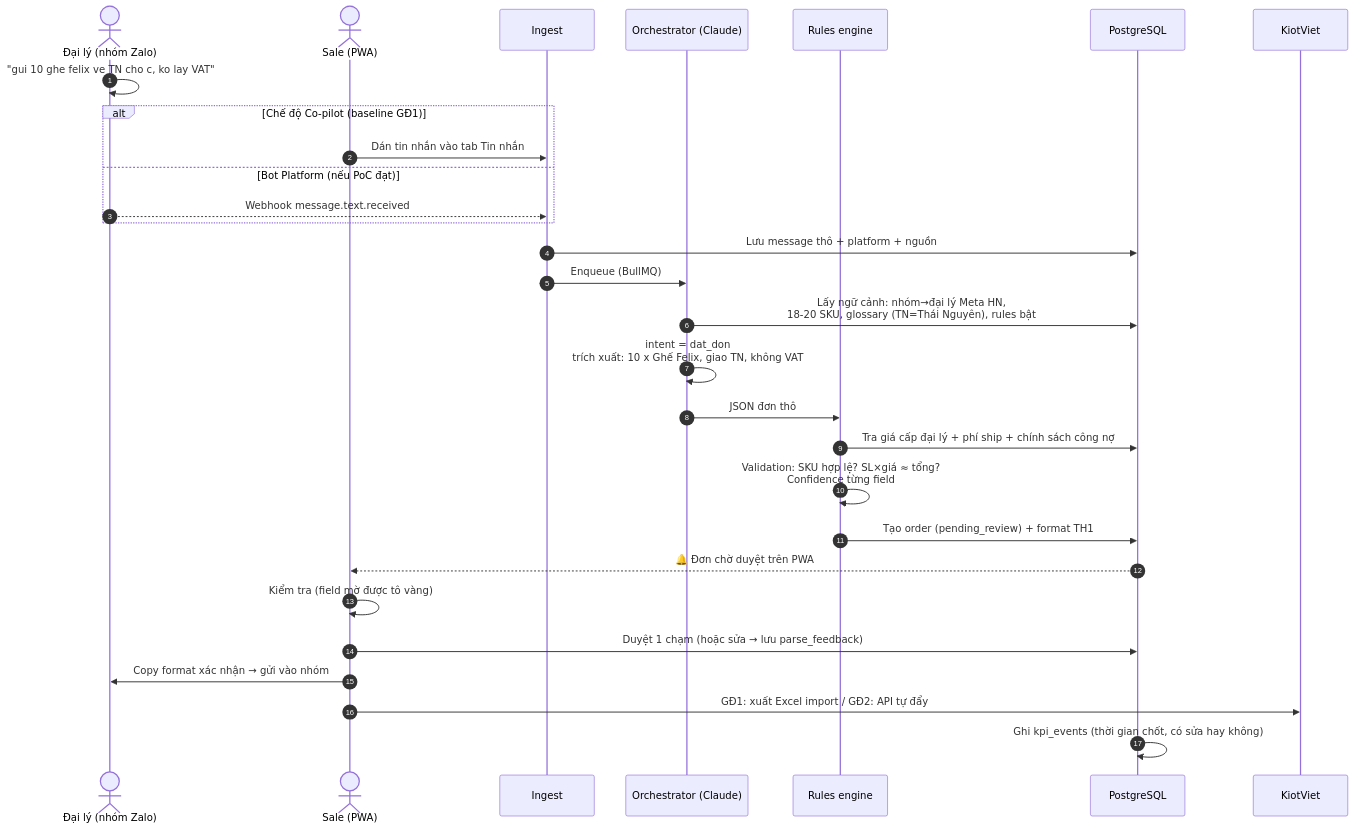
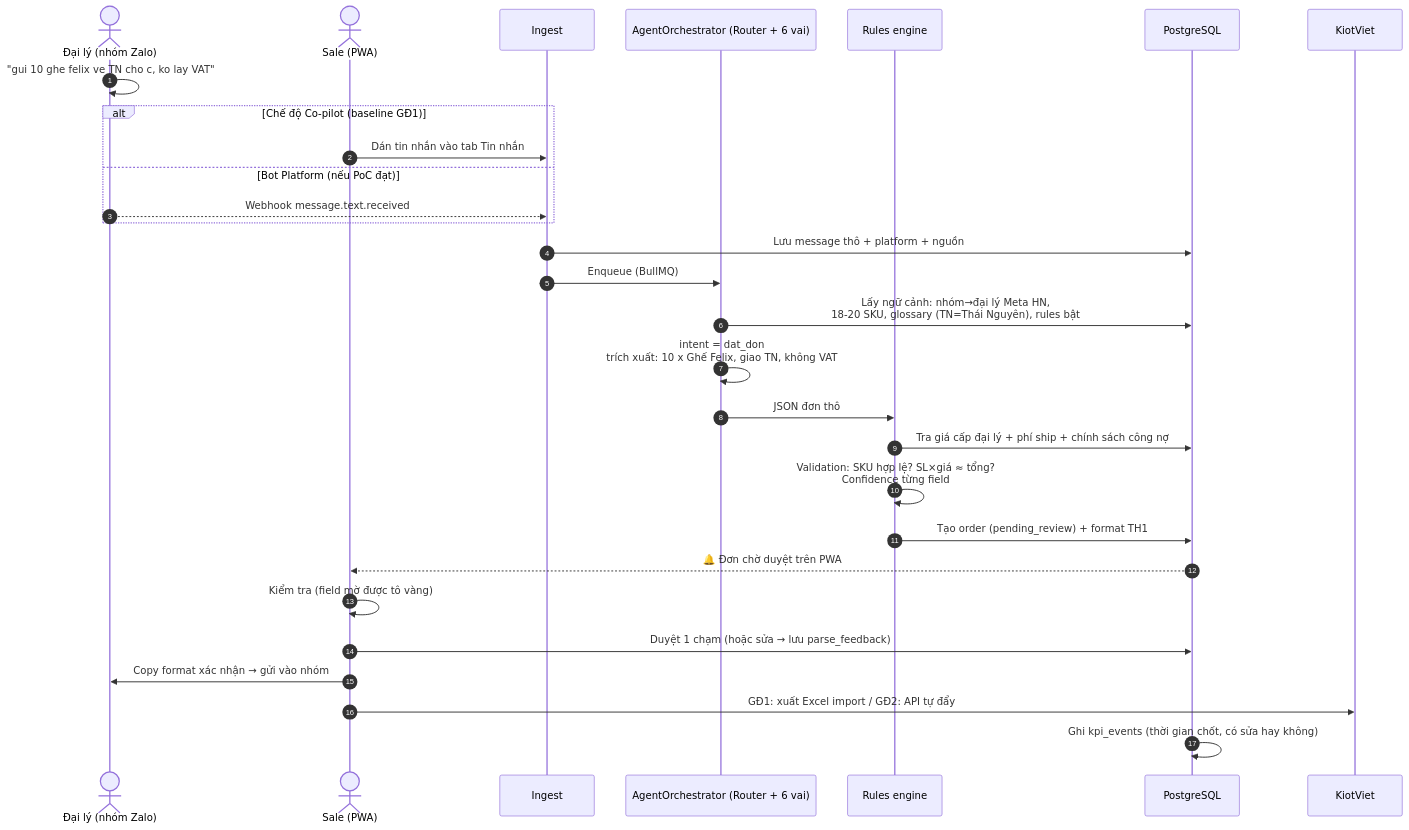
The third of 8 diagrams in docs/so-do-he-thong.md (phungtienviet14-sketch/nexagnet-platform), drawn with Mermaid before and after one commit. The commit also changed other lines of this file and 51 other files, not shown here.

````diff
--- a/docs/so-do-he-thong.md
+++ b/docs/so-do-he-thong.md
@@ -98,34 +98,34 @@
 ```mermaid
 sequenceDiagram
     autonumber
     actor DL as Đại lý (nhóm Zalo)
     actor S as Sale (PWA)
     participant IN as Ingest
-    participant AI as Orchestrator (Claude)
+    participant AI as AgentOrchestrator (Router + 6 vai)
     participant RU as Rules engine
     participant DB as PostgreSQL
     participant KV as KiotViet
 
     DL->>DL: "gui 10 ghe felix ve TN cho c, ko lay VAT"
 
     alt Chế độ Co-pilot (baseline GĐ1)
         S->>IN: Dán tin nhắn vào tab Tin nhắn
     else Bot Platform (nếu PoC đạt)
         DL-->>IN: Webhook message.text.received
     end
 
     IN->>DB: Lưu message thô + platform + nguồn
     IN->>AI: Enqueue (BullMQ)
     AI->>DB: Lấy ngữ cảnh: nhóm→đại lý Meta HN,<br/>18-20 SKU, glossary (TN=Thái Nguyên), rules bật
     AI->>AI: intent = dat_don<br/>trích xuất: 10 x Ghế Felix, giao TN, không VAT
     AI->>RU: JSON đơn thô
     RU->>DB: Tra giá cấp đại lý + phí ship + chính sách công nợ
     RU->>RU: Validation: SKU hợp lệ? SL×giá ≈ tổng?<br/>Confidence từng field
     RU->>DB: Tạo order (pending_review) + format TH1
     DB-->>S: 🔔 Đơn chờ duyệt trên PWA
     S->>S: Kiểm tra (field mờ được tô vàng)
     S->>DB: Duyệt 1 chạm (hoặc sửa → lưu parse_feedback)
     S->>DL: Copy format xác nhận → gửi vào nhóm
     S->>KV: GĐ1: xuất Excel import / GĐ2: API tự đẩy
     DB->>DB: Ghi kpi_events (thời gian chốt, có sửa hay không)
 ```
````
